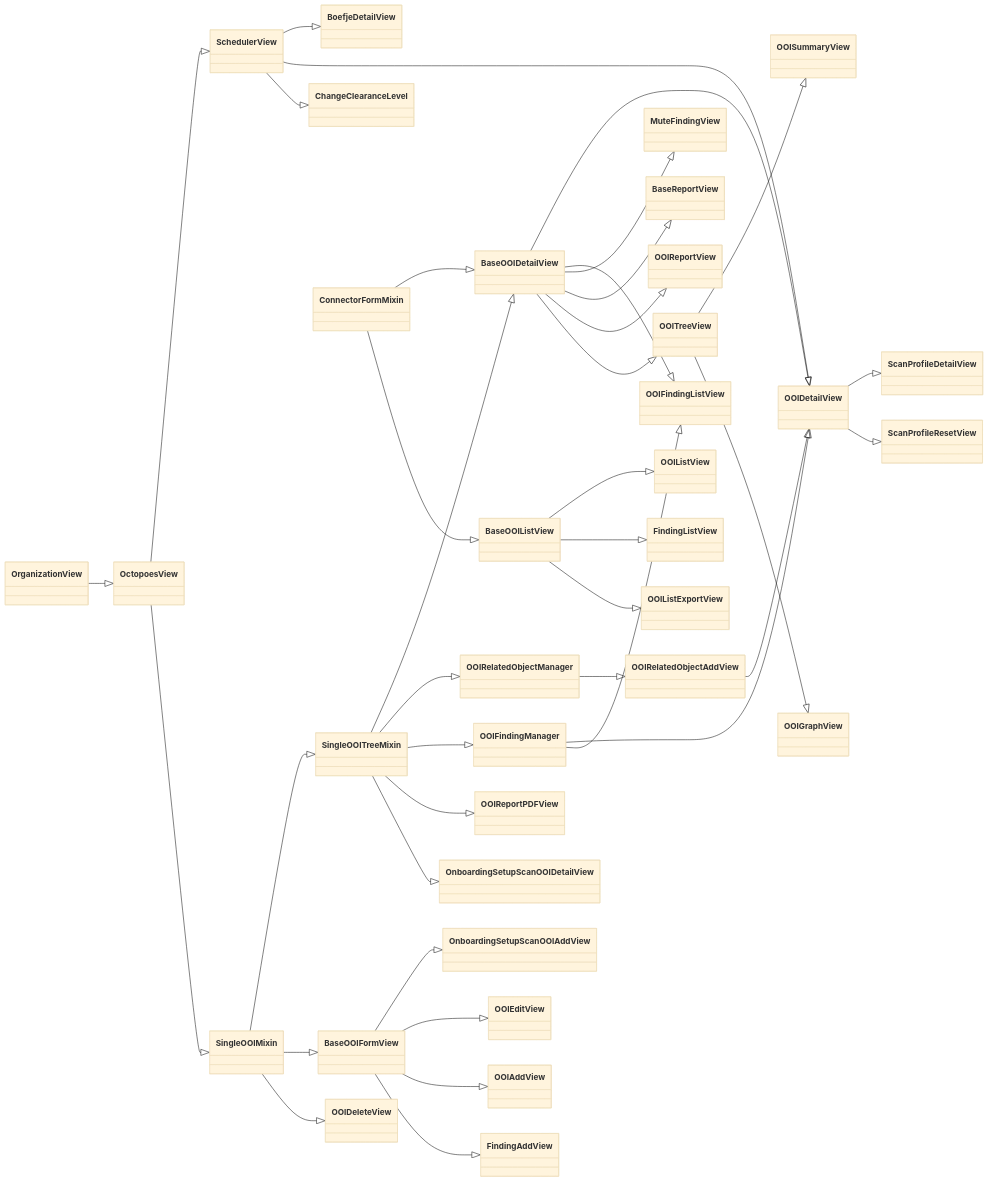
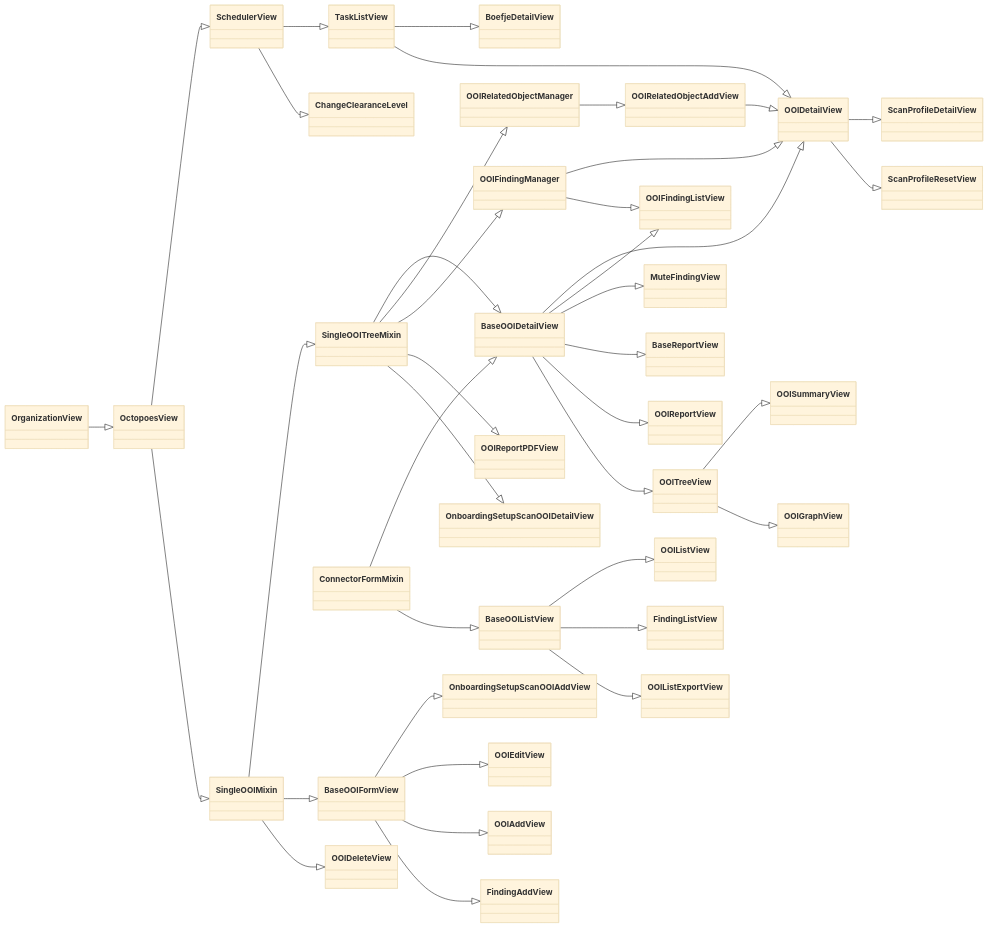
The third of 4 diagrams in docs/source/developer_documentation/rocky.md (minvws/nl-kat-coordination), drawn with Mermaid (base theme) before and after one commit. The commit also changed other lines of this file and 5 other files, not shown here.

````diff
--- a/docs/source/developer_documentation/rocky.md
+++ b/docs/source/developer_documentation/rocky.md
@@ -211,55 +211,57 @@
 ```{mermaid}
 classDiagram
 direction RL
     class OrganizationView
     class OctopoesView
     class SchedulerView
+    class TaskListView
 
     OctopoesView <|-- OrganizationView
 
     SchedulerView <|-- OctopoesView
-    BoefjeDetailView <|-- SchedulerView
-    OOIDetailView <|-- SchedulerView
+    TaskListView <|-- SchedulerView
+    BoefjeDetailView <|-- TaskListView
+    OOIDetailView <|-- TaskListView
     OOIDetailView <|-- OOIRelatedObjectAddView
     OOIDetailView <|-- OOIFindingManager
     ChangeClearanceLevel <|-- SchedulerView
 
     SingleOOIMixin <|-- OctopoesView
     SingleOOITreeMixin <|-- SingleOOIMixin
 
     BaseOOIDetailView <|-- SingleOOITreeMixin
     BaseOOIDetailView <|-- ConnectorFormMixin
     OOIDetailView <|-- BaseOOIDetailView
     OOIFindingListView <|-- OOIFindingManager
     OOIFindingListView <|-- BaseOOIDetailView
     MuteFindingView <|-- BaseOOIDetailView
     BaseReportView <|-- BaseOOIDetailView
 
     OOIReportView <|-- BaseOOIDetailView
     OOITreeView <|-- BaseOOIDetailView
     OOISummaryView <|-- OOITreeView
     OOIGraphView <|-- OOITreeView
 
     OOIRelatedObjectManager <|-- SingleOOITreeMixin
     OOIFindingManager <|-- SingleOOITreeMixin
     OOIRelatedObjectAddView <|-- OOIRelatedObjectManager
 
     OOIReportPDFView <|-- SingleOOITreeMixin
     OnboardingSetupScanOOIDetailView <|-- SingleOOITreeMixin
 
     BaseOOIFormView <|-- SingleOOIMixin
     OOIDeleteView <|-- SingleOOIMixin
 
     OnboardingSetupScanOOIAddView <|-- BaseOOIFormView
     OOIEditView <|-- BaseOOIFormView
     OOIAddView <|-- BaseOOIFormView
     FindingAddView <|-- BaseOOIFormView
 
     BaseOOIListView <|-- ConnectorFormMixin
     OOIListView <|-- BaseOOIListView
     FindingListView <|-- BaseOOIListView
     OOIListExportView <|-- BaseOOIListView
 
     ScanProfileDetailView <|-- OOIDetailView
     ScanProfileResetView <|-- OOIDetailView
 ```
````
